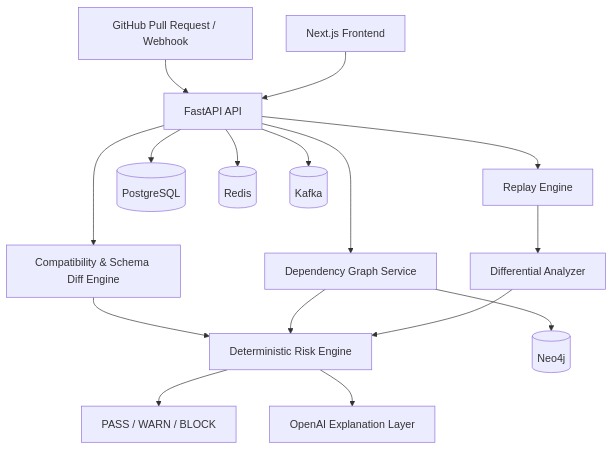
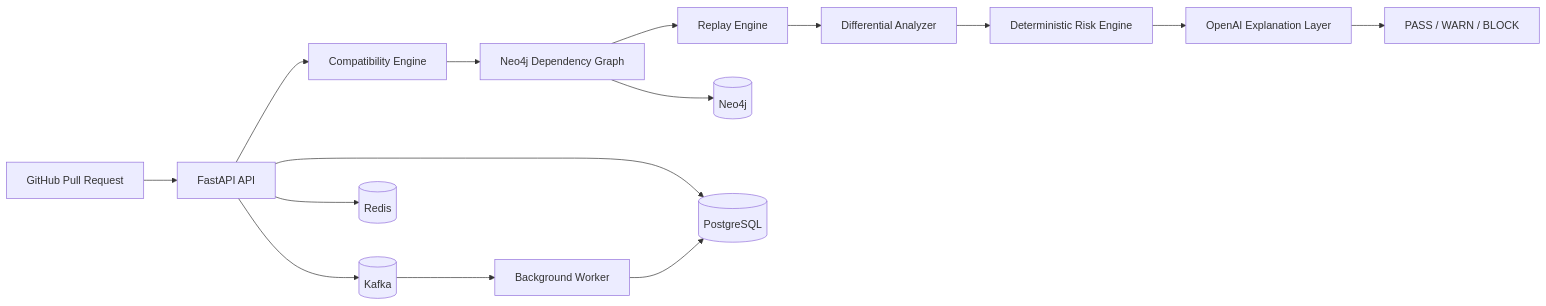
The diagram in README.md (lavanesh-tech/AgentABI), drawn with Mermaid before and after one commit. The commit also changed other lines of this file, not shown here.

````diff
--- a/README.md
+++ b/README.md
@@ -79,23 +77,18 @@
 ```mermaid
-flowchart TD
-    GH[GitHub Pull Request / Webhook] --> API[FastAPI API]
-
-    API --> DIFF[Compatibility & Schema Diff Engine]
-    API --> GRAPH[Dependency Graph Service]
-    API --> REPLAY[Replay Engine]
-
-    DIFF --> RISK[Deterministic Risk Engine]
-    GRAPH --> RISK
-    REPLAY --> DIFFERENTIAL[Differential Analyzer]
-    DIFFERENTIAL --> RISK
-
-    RISK --> DECISION[PASS / WARN / BLOCK]
+flowchart LR
+    PR[GitHub Pull Request] --> API[FastAPI API]
+    API --> DIFF[Compatibility Engine]
+    DIFF --> GRAPH[Neo4j Dependency Graph]
+    GRAPH --> REPLAY[Replay Engine]
+    REPLAY --> ANALYSIS[Differential Analyzer]
+    ANALYSIS --> RISK[Deterministic Risk Engine]
     RISK --> LLM[OpenAI Explanation Layer]
+    LLM --> RESULT[PASS / WARN / BLOCK]
 
     API --> PG[(PostgreSQL)]
-    GRAPH --> NEO[(Neo4j)]
     API --> REDIS[(Redis)]
     API --> KAFKA[(Kafka)]
-
-    UI[Next.js Frontend] --> API
+    GRAPH --> NEO4J[(Neo4j)]
+    KAFKA --> WORKER[Background Worker]
+    WORKER --> PG
 ```
````
